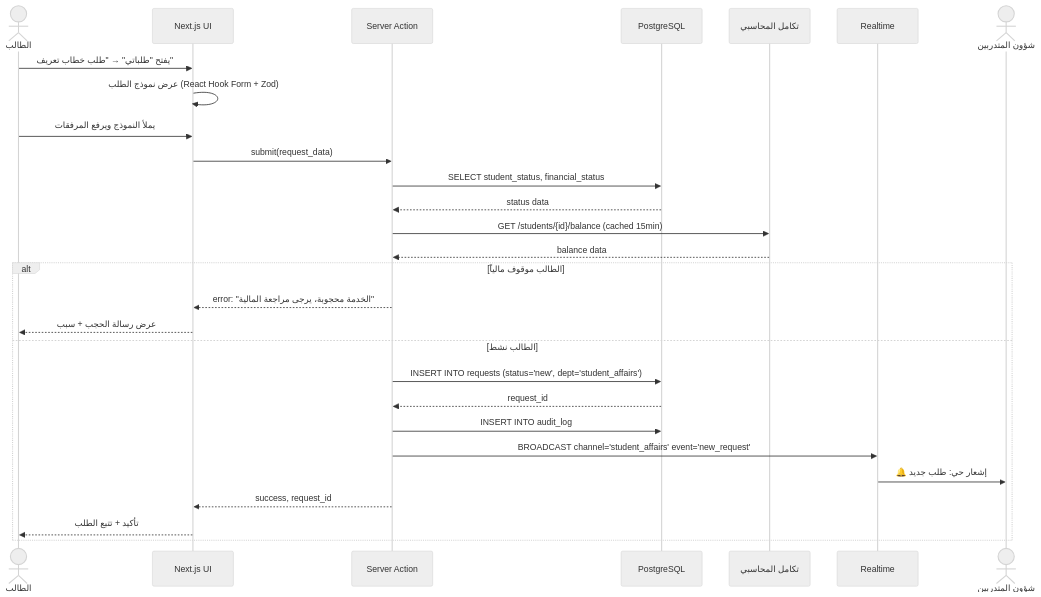
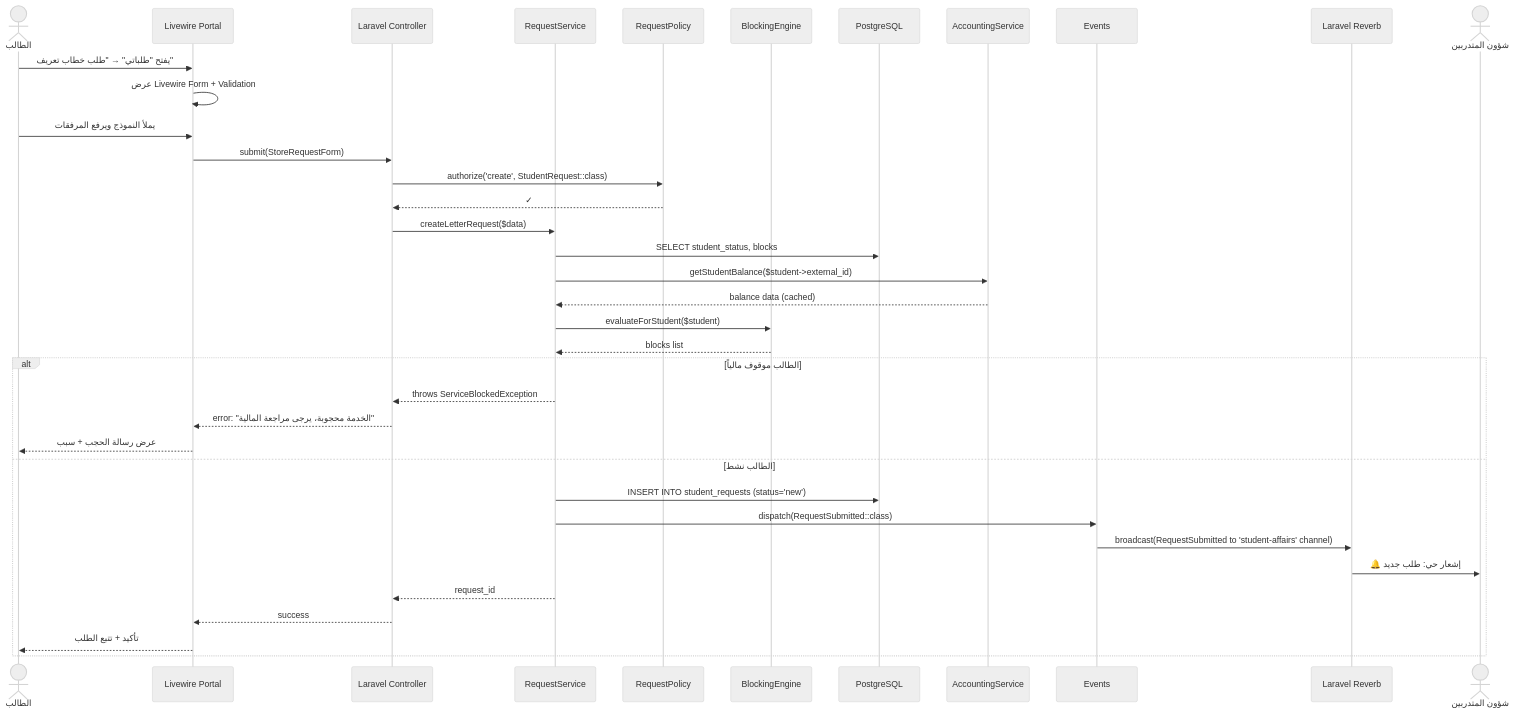
One commit to alharbib902-del/technical-handover changed the fifth of 8 diagrams in مسودات-الوكلاء/الجزء-01-السياق-والمعمارية.md. Above: the diagram before and after it, drawn with Mermaid (neutral theme). The commit also changed other lines of this file and 22 other files, not shown here.

First line of the commit message:
feat: switch tech stack to Laravel 11 + Filament 3 (replacing Next.js + Supabase)

````diff
--- a/مسودات-الوكلاء/الجزء-01-السياق-والمعمارية.md
+++ b/مسودات-الوكلاء/الجزء-01-السياق-والمعمارية.md
@@ -1022,34 +1001,44 @@
 ```mermaid
 sequenceDiagram
     actor STU as الطالب
-    participant UI as Next.js UI
-    participant SA as Server Action
-    participant PG as PostgreSQL
-    participant FIN as تكامل المحاسبي
-    participant RT as Realtime
+    participant UI as Livewire Portal
+    participant CTRL as Laravel Controller
+    participant SVC as RequestService
+    participant POL as RequestPolicy
+    participant SBE as BlockingEngine
+    participant DB as PostgreSQL
+    participant ACC as AccountingService
+    participant EVT as Events
+    participant REV as Laravel Reverb
     actor StA as شؤون المتدربين
 
     STU->>UI: يفتح "طلباتي" → "طلب خطاب تعريف"
-    UI->>UI: عرض نموذج الطلب (React Hook Form + Zod)
+    UI->>UI: عرض Livewire Form + Validation
     STU->>UI: يملأ النموذج ويرفع المرفقات
-    UI->>SA: submit(request_data)
+    UI->>CTRL: submit(StoreRequestForm)
 
-    SA->>PG: SELECT student_status, financial_status
-    PG-->>SA: status data
+    CTRL->>POL: authorize('create', StudentRequest::class)
+    POL-->>CTRL: ✓
 
-    SA->>FIN: GET /students/{id}/balance (cached 15min)
-    FIN-->>SA: balance data
+    CTRL->>SVC: createLetterRequest($data)
+    SVC->>DB: SELECT student_status, blocks
+    SVC->>ACC: getStudentBalance($student->external_id)
+    ACC-->>SVC: balance data (cached)
+
+    SVC->>SBE: evaluateForStudent($student)
+    SBE-->>SVC: blocks list
 
     alt الطالب موقوف مالياً
-        SA-->>UI: error: "الخدمة محجوبة، يرجى مراجعة المالية"
+        SVC-->>CTRL: throws ServiceBlockedException
+        CTRL-->>UI: error: "الخدمة محجوبة، يرجى مراجعة المالية"
         UI-->>STU: عرض رسالة الحجب + سبب
     else الطالب نشط
-        SA->>PG: INSERT INTO requests (status='new', dept='student_affairs')
-        PG-->>SA: request_id
-        SA->>PG: INSERT INTO audit_log
-        SA->>RT: BROADCAST channel='student_affairs' event='new_request'
-        RT->>StA: 🔔 إشعار حي: طلب جديد
-        SA-->>UI: success, request_id
+        SVC->>DB: INSERT INTO student_requests (status='new')
+        SVC->>EVT: dispatch(RequestSubmitted::class)
+        EVT->>REV: broadcast(RequestSubmitted to 'student-affairs' channel)
+        REV->>StA: 🔔 إشعار حي: طلب جديد
+        SVC-->>CTRL: request_id
+        CTRL-->>UI: success
         UI-->>STU: تأكيد + تتبع الطلب
     end
 ```
````
